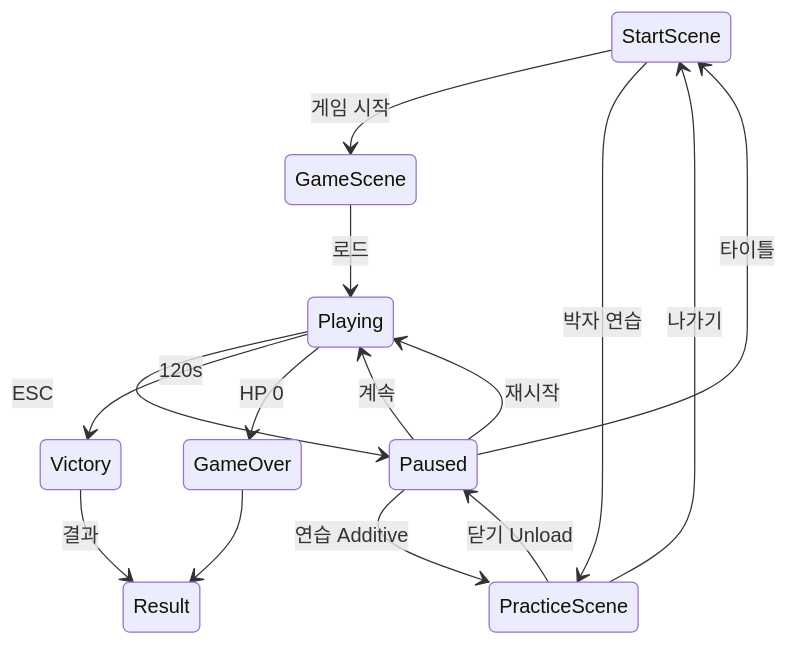
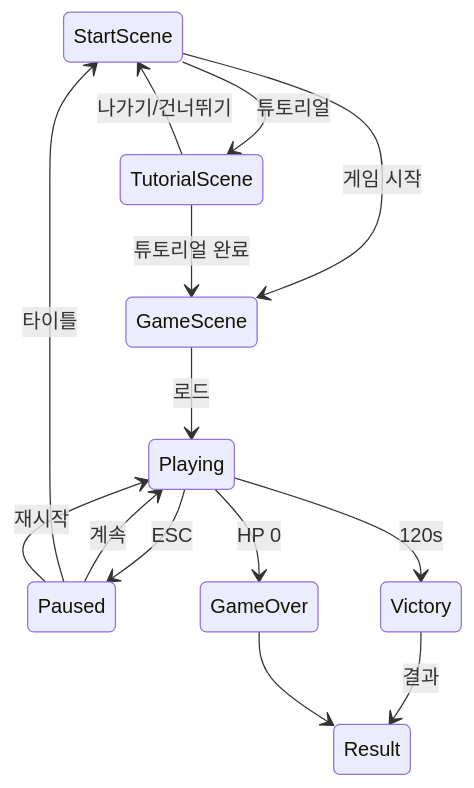
The diagram in Docs/FLOW.md (lodestar123/2026GJassignment), drawn with Mermaid before and after one commit. The commit also changed other lines of this file and 49 other files, not shown here.

````diff
--- a/Docs/FLOW.md
+++ b/Docs/FLOW.md
@@ -20,18 +20,17 @@
 ```mermaid
 stateDiagram-v2
     direction TB
     StartScene --> GameScene: 게임 시작
-    StartScene --> PracticeScene: 박자 연습
-    PracticeScene --> StartScene: 나가기
+    StartScene --> TutorialScene: 튜토리얼
+    TutorialScene --> StartScene: 나가기/건너뛰기
+    TutorialScene --> GameScene: 튜토리얼 완료
     GameScene --> Playing: 로드
     Playing --> Paused: ESC
     Paused --> Playing: 계속
-    Paused --> PracticeScene: 연습 Additive
-    PracticeScene --> Paused: 닫기 Unload
     Paused --> StartScene: 타이틀
     Paused --> Playing: 재시작
     Playing --> Victory: 120s
     Playing --> GameOver: HP 0
     Victory --> Result: 결과
     GameOver --> Result
 ```
````
